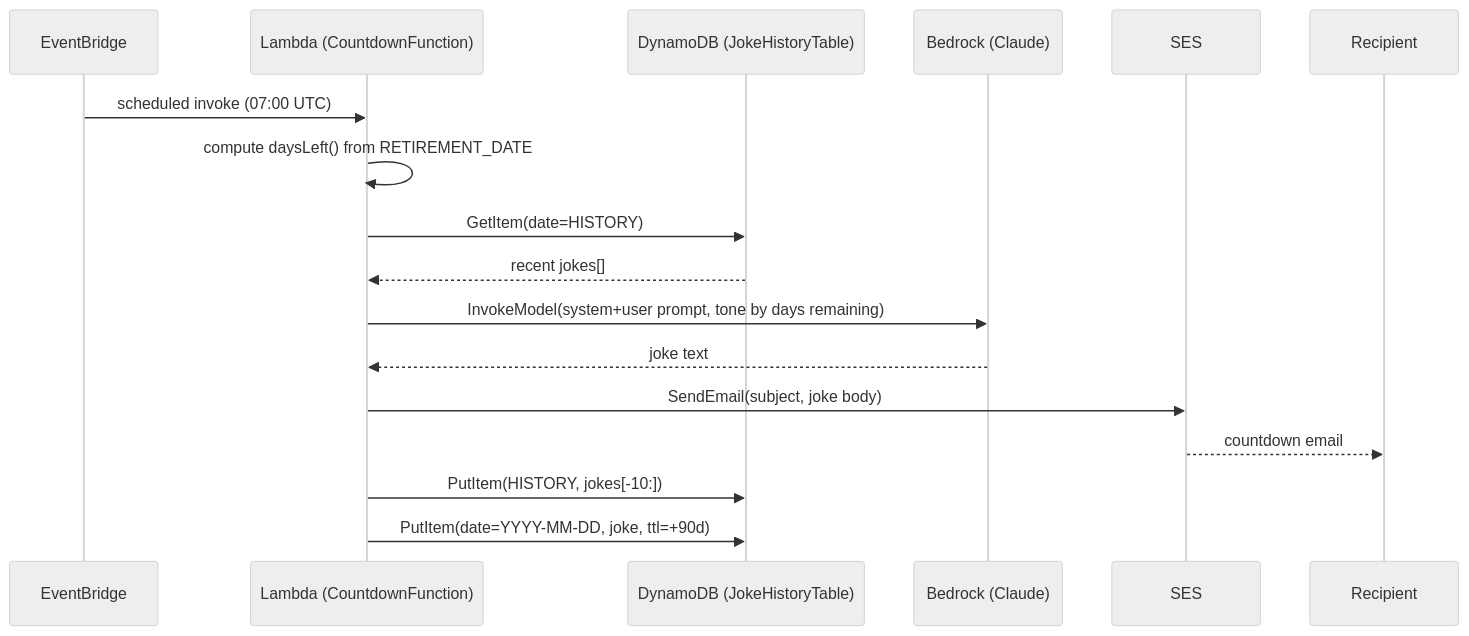
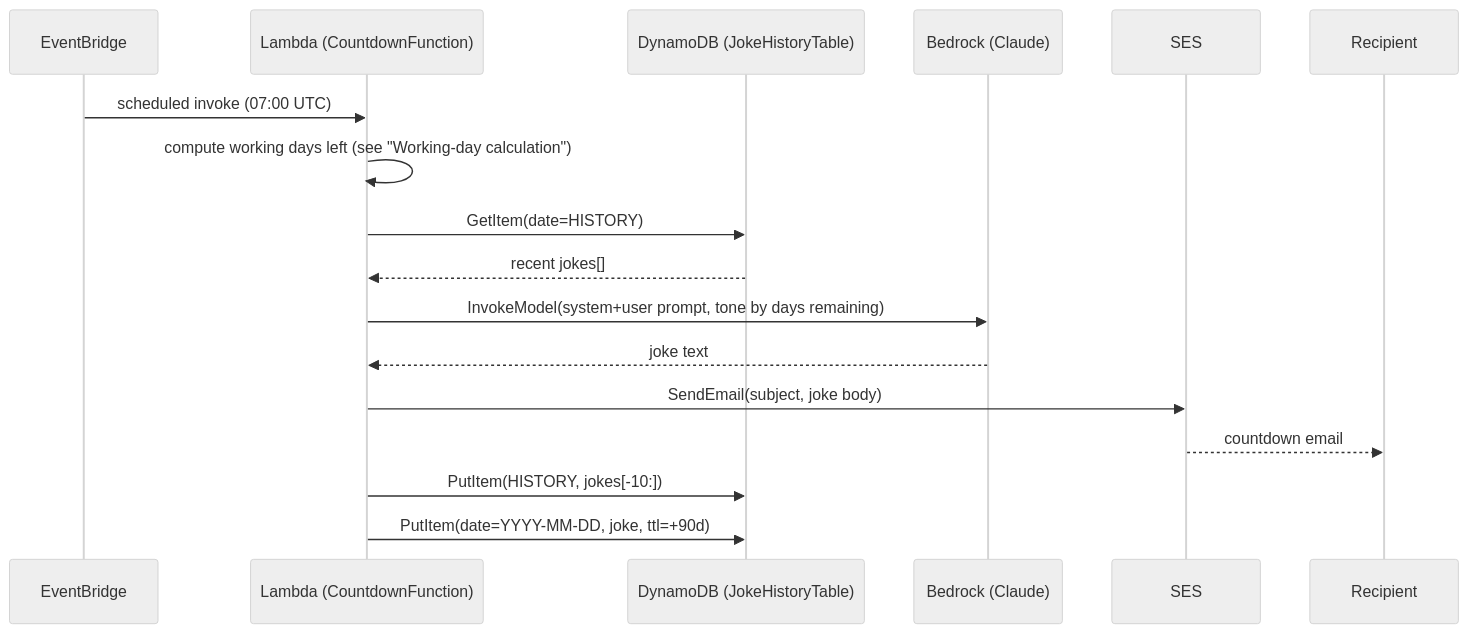
One commit to baldrickuk/retirement-calleth changed the first of 2 diagrams in docs/architecture.md. Above: the diagram before and after it, drawn with Mermaid (neutral theme). The commit also changed other lines of this file and 7 other files, not shown here.

First line of the commit message:
Count working days, not calendar days, to retirement (#6)

````diff
--- a/docs/architecture.md
+++ b/docs/architecture.md
@@ -25,20 +25,20 @@
 ```mermaid
 sequenceDiagram
     participant EB as EventBridge
     participant L as Lambda (CountdownFunction)
     participant DDB as DynamoDB (JokeHistoryTable)
     participant BR as Bedrock (Claude)
     participant SES as SES
     participant U as Recipient
 
     EB->>L: scheduled invoke (07:00 UTC)
-    L->>L: compute daysLeft() from RETIREMENT_DATE
+    L->>L: compute working days left (see "Working-day calculation")
     L->>DDB: GetItem(date=HISTORY)
     DDB-->>L: recent jokes[]
     L->>BR: InvokeModel(system+user prompt, tone by days remaining)
     BR-->>L: joke text
     L->>SES: SendEmail(subject, joke body)
     SES-->>U: countdown email
     L->>DDB: PutItem(HISTORY, jokes[-10:])
     L->>DDB: PutItem(date=YYYY-MM-DD, joke, ttl=+90d)
 ```
````
